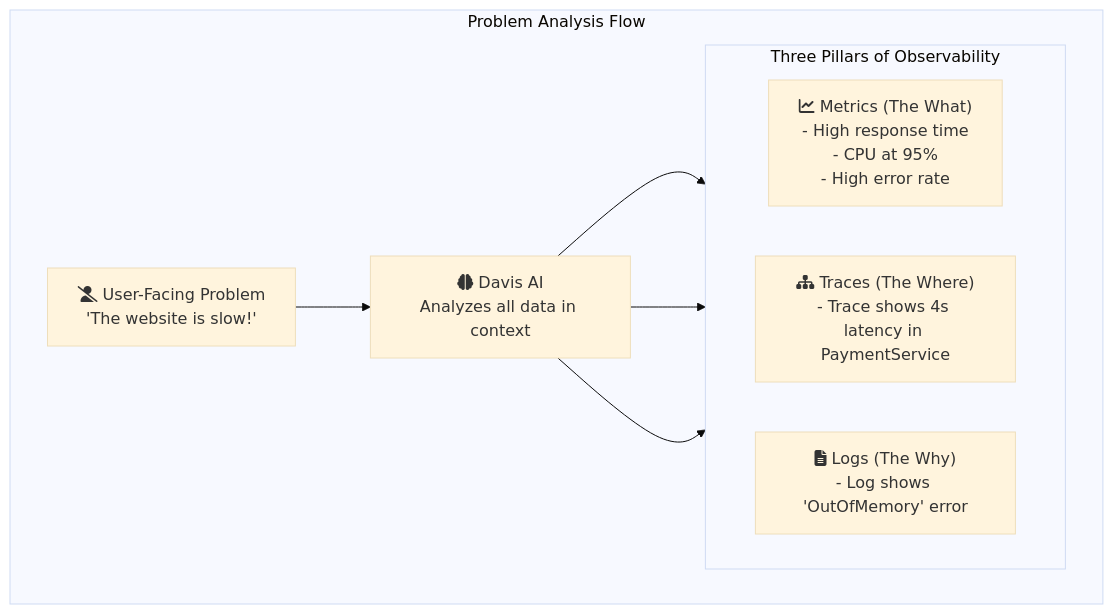
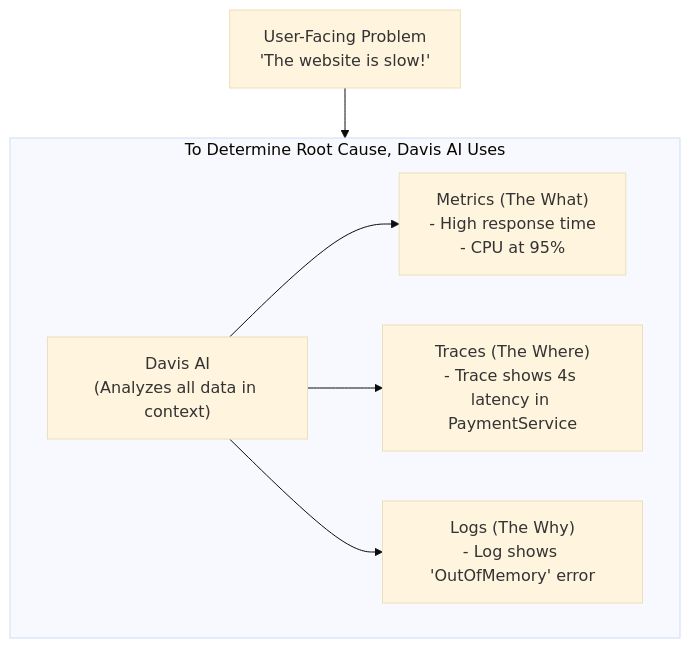
The diagram in Phase 3_ Data & AI/1_Metrics_Logs_and_Traces.md (Kamal-nayan123/Dynatrace-course), drawn with Mermaid (base theme) before and after one commit. The commit also changed 10 other files, not shown here.

````diff
--- a/Phase 3_ Data & AI/1_Metrics_Logs_and_Traces.md
+++ b/Phase 3_ Data & AI/1_Metrics_Logs_and_Traces.md
@@ -8,17 +8,11 @@
 ```mermaid
 graph TD
-    subgraph "Problem Analysis Flow"
-        Problem["fa:fa-user-slash User-Facing Problem<br>'The website is slow!'"] --> Davis["fa:fa-brain Davis AI<br>Analyzes all data in context"];
+    Problem["User-Facing Problem<br>'The website is slow!'"] --> Davis["Davis AI<br>(Analyzes all data in context)"];
 
-        subgraph "Three Pillars of Observability"
-            direction LR
-            Metrics["fa:fa-chart-line Metrics (The What)<br>- High response time<br>- CPU at 95%<br>- High error rate"]
-            Traces["fa:fa-sitemap Traces (The Where)<br>- Trace shows 4s latency in PaymentService"]
-            Logs["fa:fa-file-alt Logs (The Why)<br>- Log shows 'OutOfMemory' error"]
-        end
-
-        Davis --> Metrics;
-        Davis --> Traces;
-        Davis --> Logs;
+    subgraph "To Determine Root Cause, Davis AI Uses"
+        direction LR
+        Davis --> Metrics["Metrics (The What)<br>- High response time<br>- CPU at 95%"]
+        Davis --> Traces["Traces (The Where)<br>- Trace shows 4s latency in PaymentService"]
+        Davis --> Logs["Logs (The Why)<br>- Log shows 'OutOfMemory' error"]
     end
 ```
````
